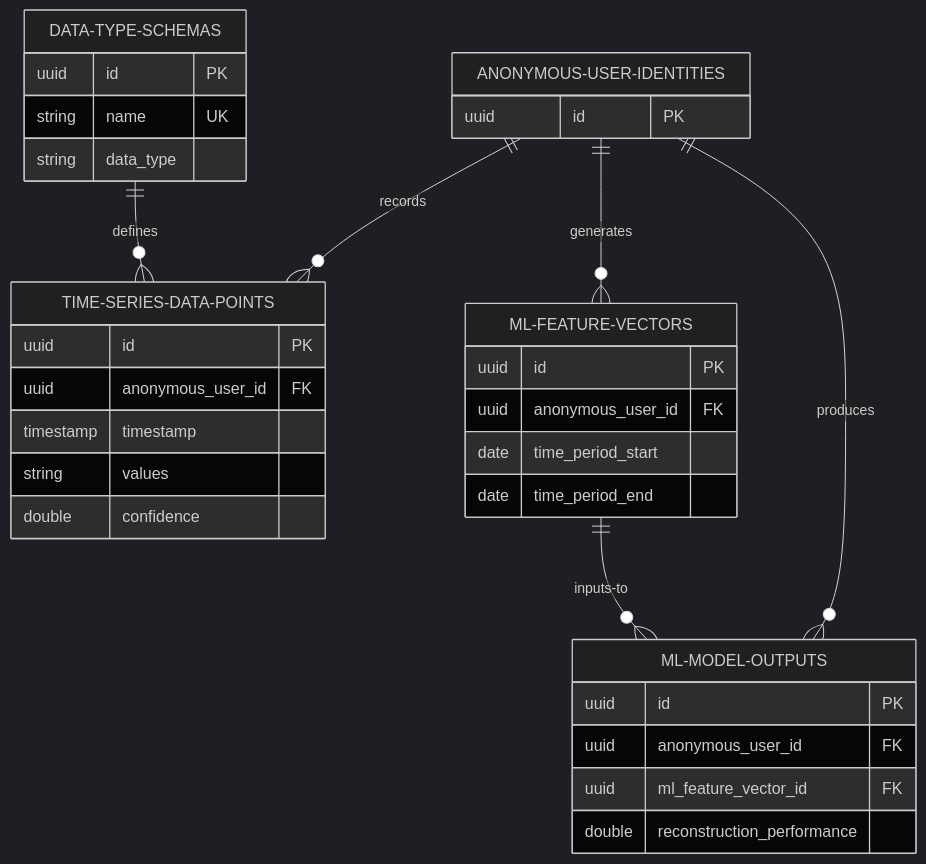
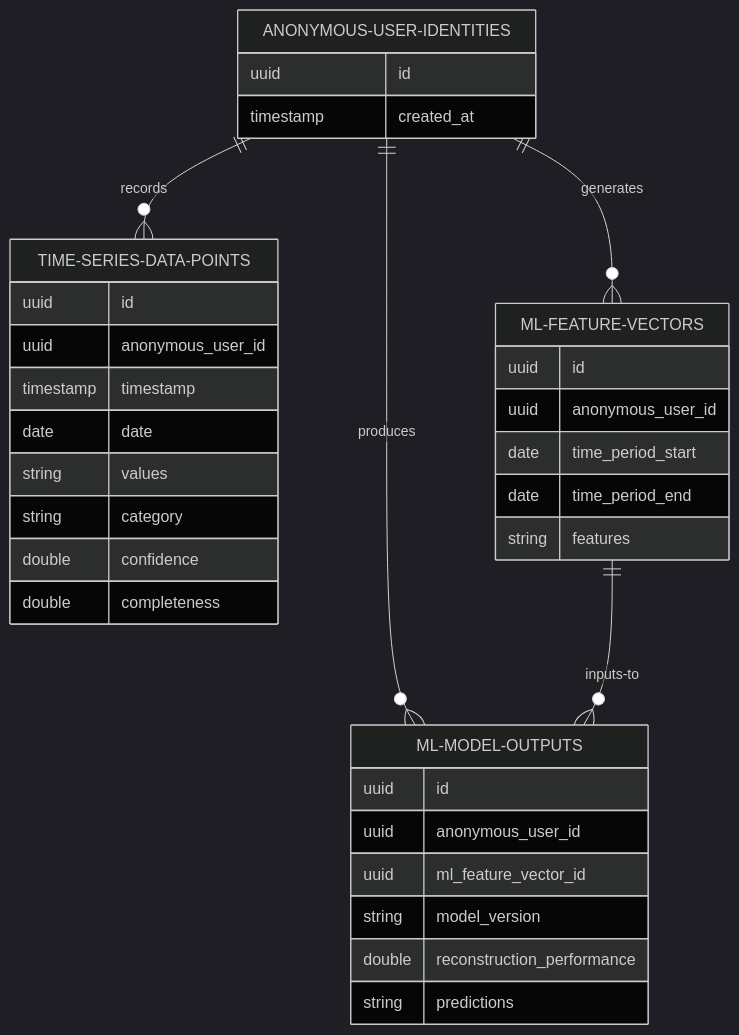
One commit to neomakes/neopip changed the fourth of 8 diagrams in 01_Planning/DATABASE_SCHEMA_MERMAID_ERD.md. Above: the diagram before and after it, drawn with Mermaid (dark theme). The commit also changed other lines of this file and 1 other file, not shown here.

Commit message:
docs(db): update sql/mermaid ERD and update DB schema design

````diff
--- a/01_Planning/DATABASE_SCHEMA_MERMAID_ERD.md
+++ b/01_Planning/DATABASE_SCHEMA_MERMAID_ERD.md
@@ -544,41 +395,41 @@
 ```mermaid
 erDiagram
     ANONYMOUS-USER-IDENTITIES ||--o{ TIME-SERIES-DATA-POINTS : records
     ANONYMOUS-USER-IDENTITIES ||--o{ ML-FEATURE-VECTORS : generates
     ANONYMOUS-USER-IDENTITIES ||--o{ ML-MODEL-OUTPUTS : produces
     
-    DATA-TYPE-SCHEMAS ||--o{ TIME-SERIES-DATA-POINTS : defines
     ML-FEATURE-VECTORS ||--o{ ML-MODEL-OUTPUTS : "inputs-to"
 
     ANONYMOUS-USER-IDENTITIES {
-        uuid id PK
-    }
-
-    DATA-TYPE-SCHEMAS {
-        uuid id PK
-        string name UK
-        string data_type
+        uuid id
+        timestamp created_at
     }
 
     TIME-SERIES-DATA-POINTS {
-        uuid id PK
-        uuid anonymous_user_id FK
+        uuid id
+        uuid anonymous_user_id
         timestamp timestamp
+        date date
         string values
+        string category
         double confidence
+        double completeness
     }
 
     ML-FEATURE-VECTORS {
-        uuid id PK
-        uuid anonymous_user_id FK
+        uuid id
+        uuid anonymous_user_id
         date time_period_start
         date time_period_end
+        string features
     }
 
     ML-MODEL-OUTPUTS {
-        uuid id PK
-        uuid anonymous_user_id FK
-        uuid ml_feature_vector_id FK
+        uuid id
+        uuid anonymous_user_id
+        uuid ml_feature_vector_id
+        string model_version
         double reconstruction_performance
+        string predictions
     }
 ```
````
